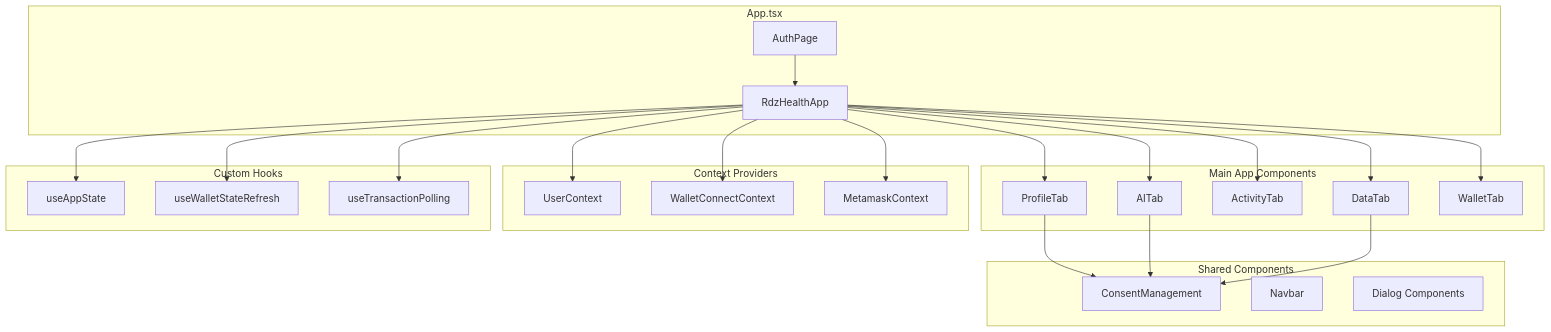
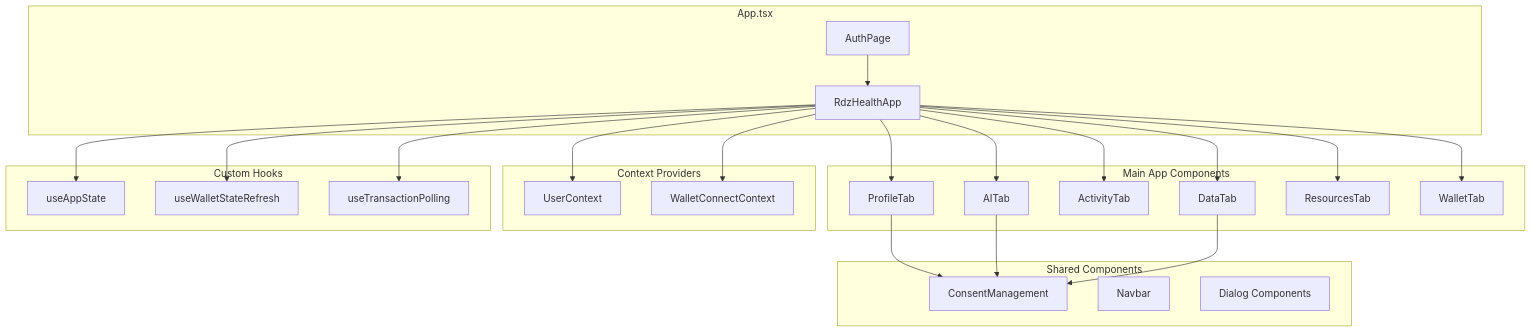
One commit to Acoercode/hedera_africa_hackathon changed the ninth of 10 diagrams in docs/architecture-diagrams.md. Above: the diagram before and after it, drawn with Mermaid. The commit also changed other lines of this file and 10 other files, not shown here.

Commit message:
add resources tab, improve verbiage and design items

````diff
--- a/docs/architecture-diagrams.md
+++ b/docs/architecture-diagrams.md
@@ -347,52 +356,52 @@
 ```mermaid
 graph TB
     subgraph "App.tsx"
         AUTH[AuthPage]
         MAIN[RdzHealthApp]
     end
     
     subgraph "Main App Components"
         PROFILE[ProfileTab]
         AI[AITab]
         ACTIVITY[ActivityTab]
         DATA[DataTab]
+        RESOURCES[ResourcesTab]
         WALLET[WalletTab]
     end
     
     subgraph "Shared Components"
         CONSENT[ConsentManagement]
         NAVBAR[Navbar]
         DIALOGS[Dialog Components]
     end
     
     subgraph "Context Providers"
         USER[UserContext]
         WC[WalletConnectContext]
-        MM[MetamaskContext]
     end
     
     subgraph "Custom Hooks"
         APPSTATE[useAppState]
         WALLETREFRESH[useWalletStateRefresh]
         TXPOLLING[useTransactionPolling]
     end
     
     AUTH --> MAIN
     MAIN --> PROFILE
     MAIN --> AI
     MAIN --> ACTIVITY
     MAIN --> DATA
+    MAIN --> RESOURCES
     MAIN --> WALLET
     
     PROFILE --> CONSENT
     AI --> CONSENT
     DATA --> CONSENT
     
     MAIN --> USER
     MAIN --> WC
-    MAIN --> MM
     
     MAIN --> APPSTATE
     MAIN --> WALLETREFRESH
     MAIN --> TXPOLLING
 ```
````
